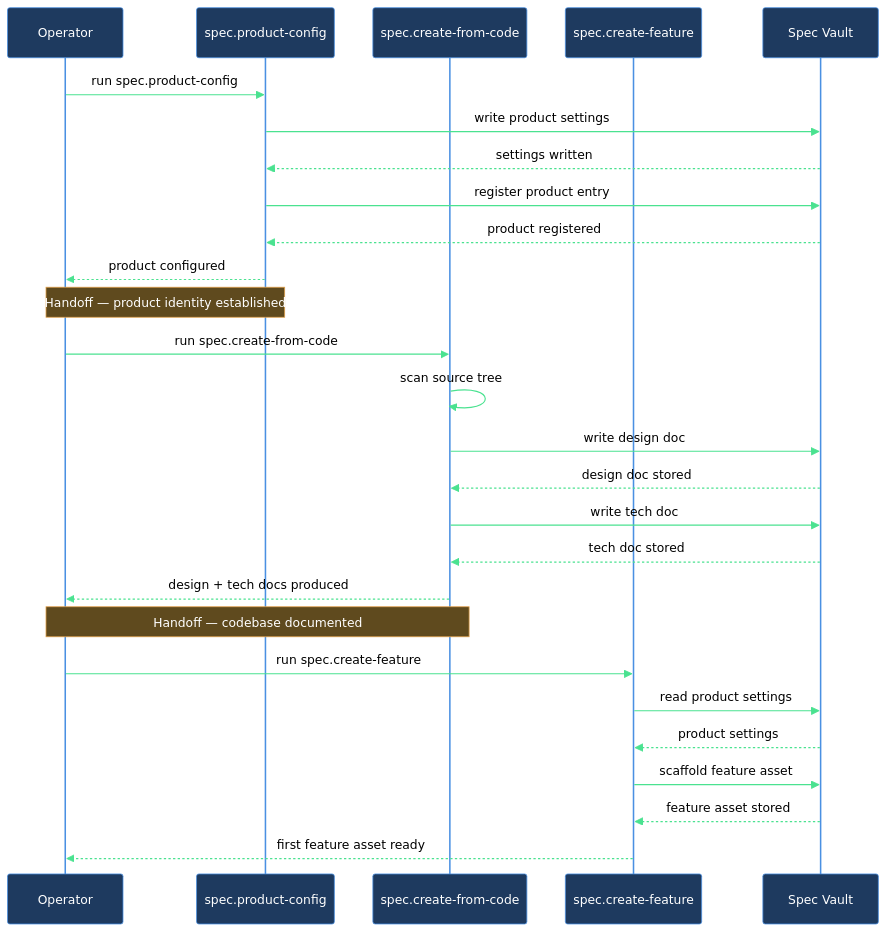
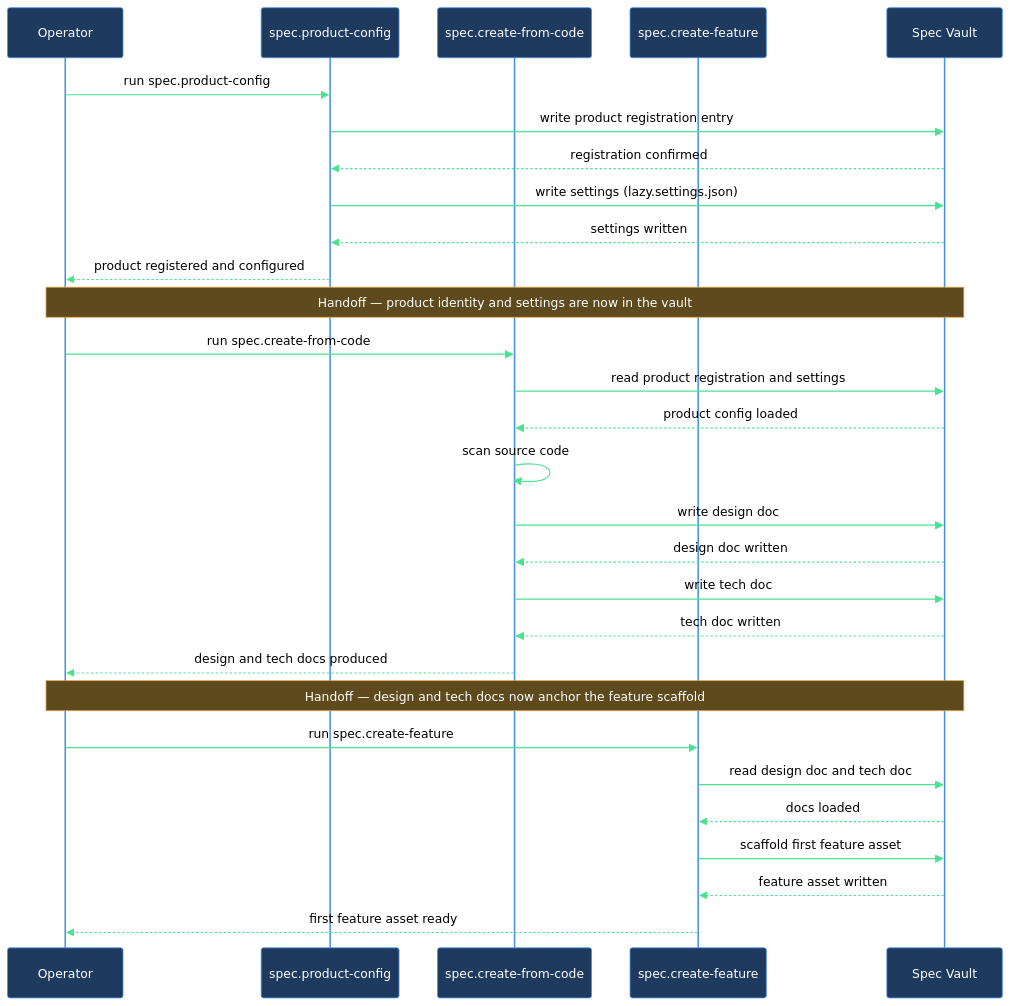
The diagram in claude/lazycortex-specs/help/walkthroughs/new-product-from-code.md (mebius-san/lazy-cortex), drawn with Mermaid before and after one commit. The commit also changed other lines of this file and 52 other files, not shown here.

First line of the commit message:
[lazycortex-specs] release 3.0.0 — folder-note # Summary + H1 Gates/History + spec.vault_root

````diff
--- a/claude/lazycortex-specs/help/walkthroughs/new-product-from-code.md
+++ b/claude/lazycortex-specs/help/walkthroughs/new-product-from-code.md
@@ -115,35 +114,37 @@
 ```mermaid
 %%{init: {'themeVariables':{'background':'transparent','primaryColor':'#1e3a5f','primaryBorderColor':'#4a90e2','primaryTextColor':'#fff','lineColor':'#4ae290','actorBkg':'#1e3a5f','actorBorder':'#4a90e2','actorTextColor':'#fff','actorLineColor':'#4a90e2','signalColor':'#4ae290','signalTextColor':'#000','noteBkgColor':'#5f4a1e','noteBorderColor':'#e2a14a','noteTextColor':'#fff','labelBoxBkgColor':'#5f4a1e','labelBoxBorderColor':'#e2a14a','labelTextColor':'#fff','loopTextColor':'#e2a14a'},'sequence':{'diagramPadding':5,'useMaxWidth':true}}}%%
 sequenceDiagram
   participant operator as Operator
   participant productConfig as spec.product-config
   participant createFromCode as spec.create-from-code
   participant createFeature as spec.create-feature
   participant specVault as Spec Vault
 
   operator->>productConfig: run spec.product-config
-  productConfig->>specVault: write product settings
+  productConfig->>specVault: write product registration entry
+  specVault-->>productConfig: registration confirmed
+  productConfig->>specVault: write settings (lazy.settings.json)
   specVault-->>productConfig: settings written
-  productConfig->>specVault: register product entry
-  specVault-->>productConfig: product registered
-  productConfig-->>operator: product configured
+  productConfig-->>operator: product registered and configured
 
-  Note over operator,productConfig: Handoff — product identity established
+  Note over operator,specVault: Handoff — product identity and settings are now in the vault
 
   operator->>createFromCode: run spec.create-from-code
-  createFromCode->>createFromCode: scan source tree
+  createFromCode->>specVault: read product registration and settings
+  specVault-->>createFromCode: product config loaded
+  createFromCode->>createFromCode: scan source code
   createFromCode->>specVault: write design doc
-  specVault-->>createFromCode: design doc stored
+  specVault-->>createFromCode: design doc written
   createFromCode->>specVault: write tech doc
-  specVault-->>createFromCode: tech doc stored
-  createFromCode-->>operator: design + tech docs produced
+  specVault-->>createFromCode: tech doc written
+  createFromCode-->>operator: design and tech docs produced
 
-  Note over operator,createFromCode: Handoff — codebase documented
+  Note over operator,specVault: Handoff — design and tech docs now anchor the feature scaffold
 
   operator->>createFeature: run spec.create-feature
-  createFeature->>specVault: read product settings
-  specVault-->>createFeature: product settings
-  createFeature->>specVault: scaffold feature asset
-  specVault-->>createFeature: feature asset stored
+  createFeature->>specVault: read design doc and tech doc
+  specVault-->>createFeature: docs loaded
+  createFeature->>specVault: scaffold first feature asset
+  specVault-->>createFeature: feature asset written
   createFeature-->>operator: first feature asset ready
 ```
````
